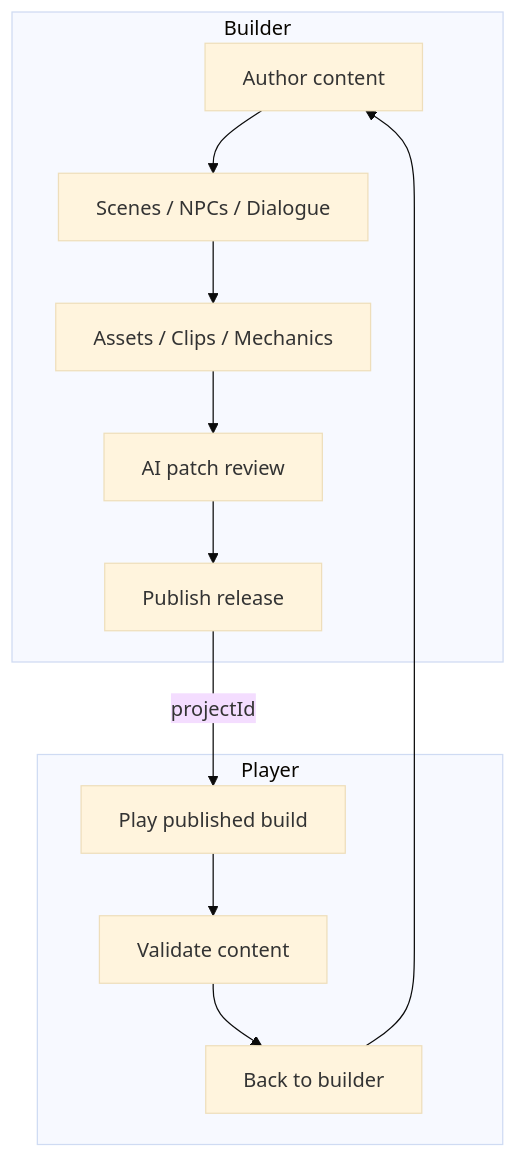
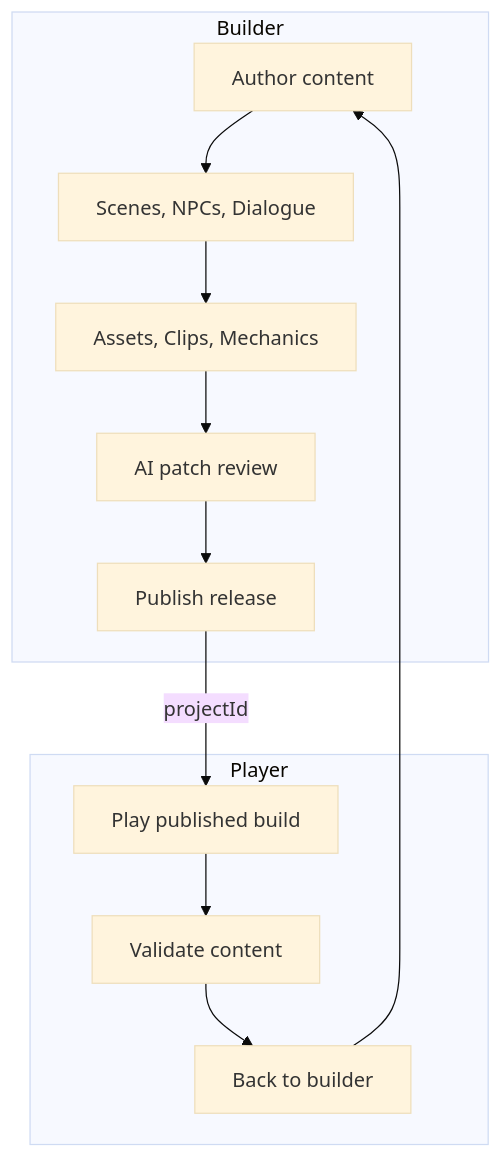
Before and after one commit to d4551/tea: the third of 4 diagrams in ARCHITECTURE.md, drawn with Mermaid (base theme). The commit also changed other lines of this file and 8 other files, not shown here.

First line of the commit message:
fix: mermaid chart syntax, i18n for builder placeholders, ARCHITECTURE i18n docs

````diff
--- a/ARCHITECTURE.md
+++ b/ARCHITECTURE.md
@@ -132,25 +132,25 @@
 ```mermaid
 flowchart TB
   subgraph Builder["Builder"]
     B1["Author content"]
-    B2["Scenes / NPCs / Dialogue"]
-    B3["Assets / Clips / Mechanics"]
+    B2["Scenes, NPCs, Dialogue"]
+    B3["Assets, Clips, Mechanics"]
     B4["AI patch review"]
     B5["Publish release"]
   end
 
   subgraph Player["Player"]
     P1["Play published build"]
     P2["Validate content"]
     P3["Back to builder"]
   end
 
   B1 --> B2
   B2 --> B3
   B3 --> B4
   B4 --> B5
   B5 -->|"projectId"| P1
   P1 --> P2
   P2 --> P3
   P3 --> B1
 ```
````
